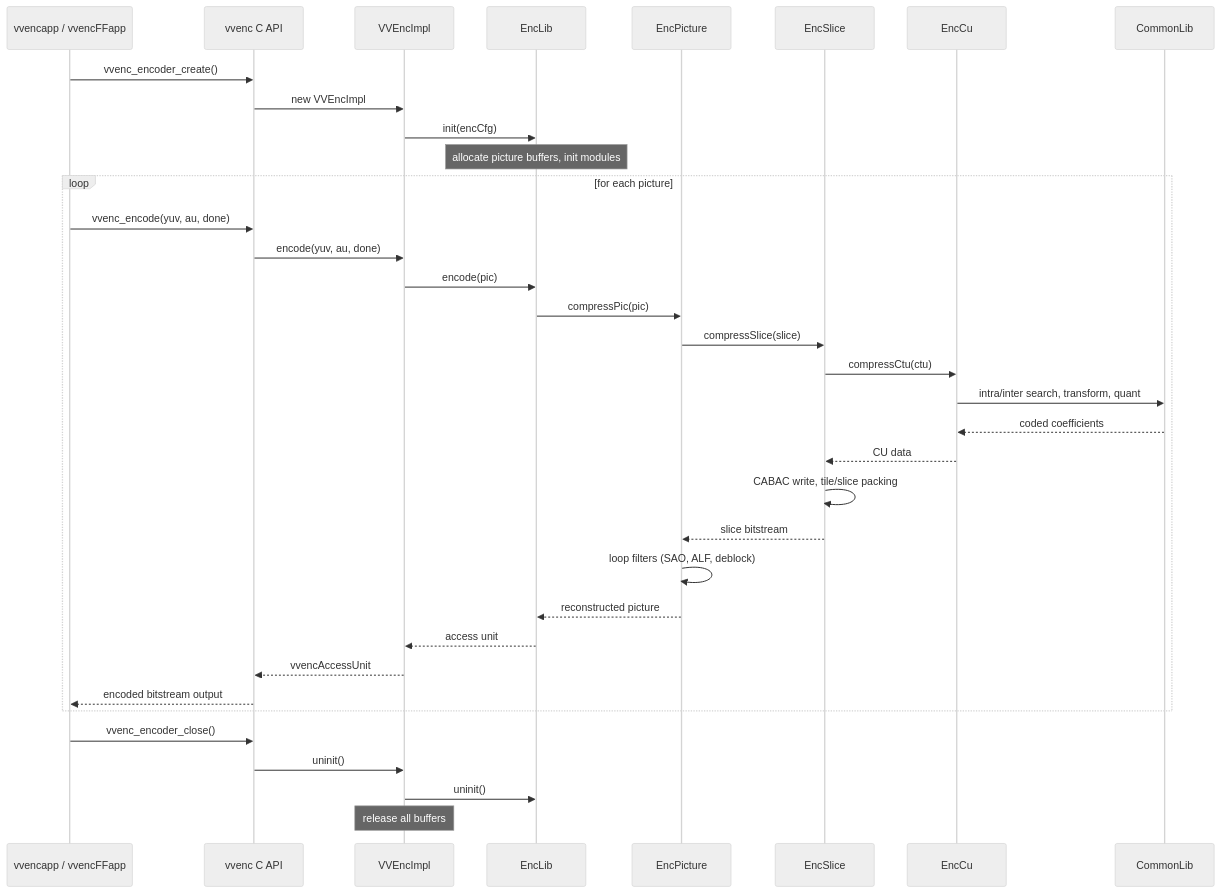
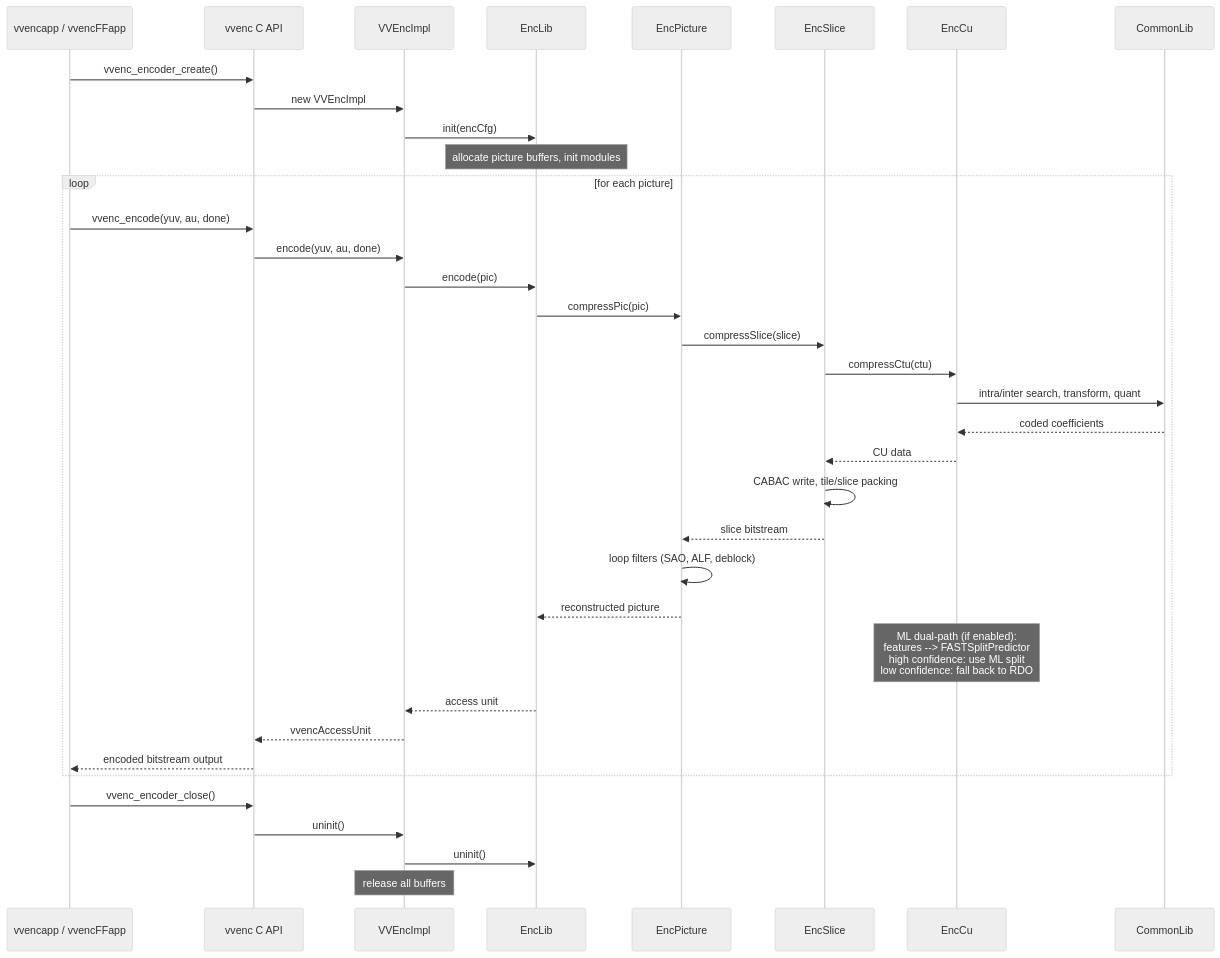
The second of 2 diagrams in technical-specification.md (opensassi/deepenc), drawn with Mermaid (neutral theme) before and after one commit. The commit also changed other lines of this file and 47 other files, not shown here.

````diff
--- a/technical-specification.md
+++ b/technical-specification.md
@@ -93,40 +101,41 @@
 ```mermaid
 sequenceDiagram
     participant CLI as vvencapp / vvencFFapp
     participant CAPI as vvenc C API
     participant Impl as VVEncImpl
     participant EL as EncLib
     participant EP as EncPicture
     participant ES as EncSlice
     participant ECU as EncCu
     participant CL as CommonLib
 
     CLI->>CAPI: vvenc_encoder_create()
     CAPI->>Impl: new VVEncImpl
     Impl->>EL: init(encCfg)
     Note over EL: allocate picture buffers, init modules
 
     loop for each picture
         CLI->>CAPI: vvenc_encode(yuv, au, done)
         CAPI->>Impl: encode(yuv, au, done)
         Impl->>EL: encode(pic)
         EL->>EP: compressPic(pic)
         EP->>ES: compressSlice(slice)
         ES->>ECU: compressCtu(ctu)
         ECU->>CL: intra/inter search, transform, quant
         CL-->>ECU: coded coefficients
         ECU-->>ES: CU data
         ES->>ES: CABAC write, tile/slice packing
         ES-->>EP: slice bitstream
         EP->>EP: loop filters (SAO, ALF, deblock)
         EP-->>EL: reconstructed picture
+        Note over ECU: ML dual-path (if enabled):<br/>features --> FASTSplitPredictor<br/>high confidence: use ML split<br/>low confidence: fall back to RDO
         EL-->>Impl: access unit
         Impl-->>CAPI: vvencAccessUnit
         CAPI-->>CLI: encoded bitstream output
     end
 
     CLI->>CAPI: vvenc_encoder_close()
     CAPI->>Impl: uninit()
     Impl->>EL: uninit()
     Note over Impl: release all buffers
 ```
````
